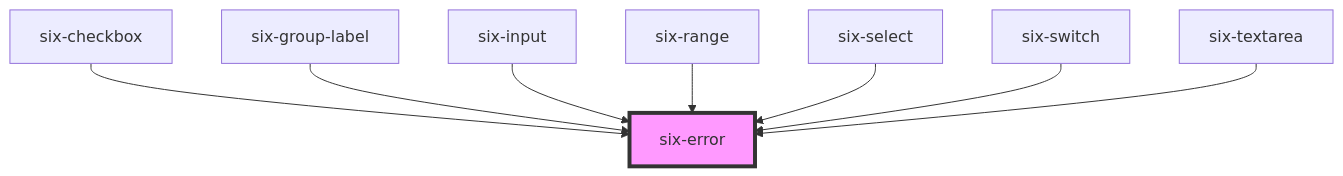
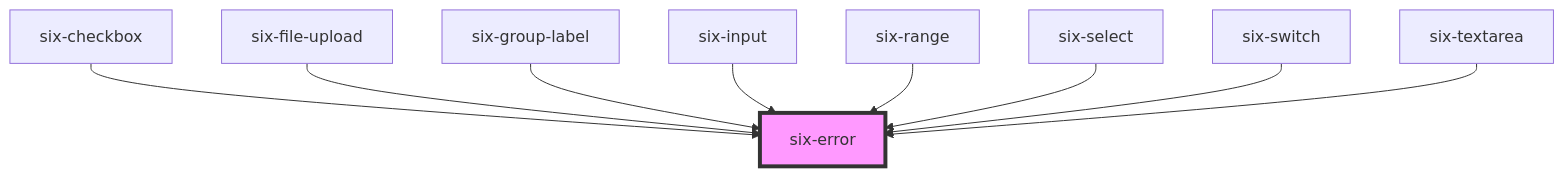
One commit to six-group/six-webcomponents changed the diagram in docs/components/six-error.md. Above: the diagram before and after it, drawn with Mermaid. The commit also changed other lines of this file and 10 other files, not shown here.

````diff
--- a/docs/components/six-error.md
+++ b/docs/components/six-error.md
@@ -28,11 +29,12 @@
 ```mermaid
 graph TD;
   six-checkbox --> six-error
+  six-file-upload --> six-error
   six-group-label --> six-error
   six-input --> six-error
   six-range --> six-error
   six-select --> six-error
   six-switch --> six-error
   six-textarea --> six-error
   style six-error fill:#f9f,stroke:#333,stroke-width:4px
 ```
````
